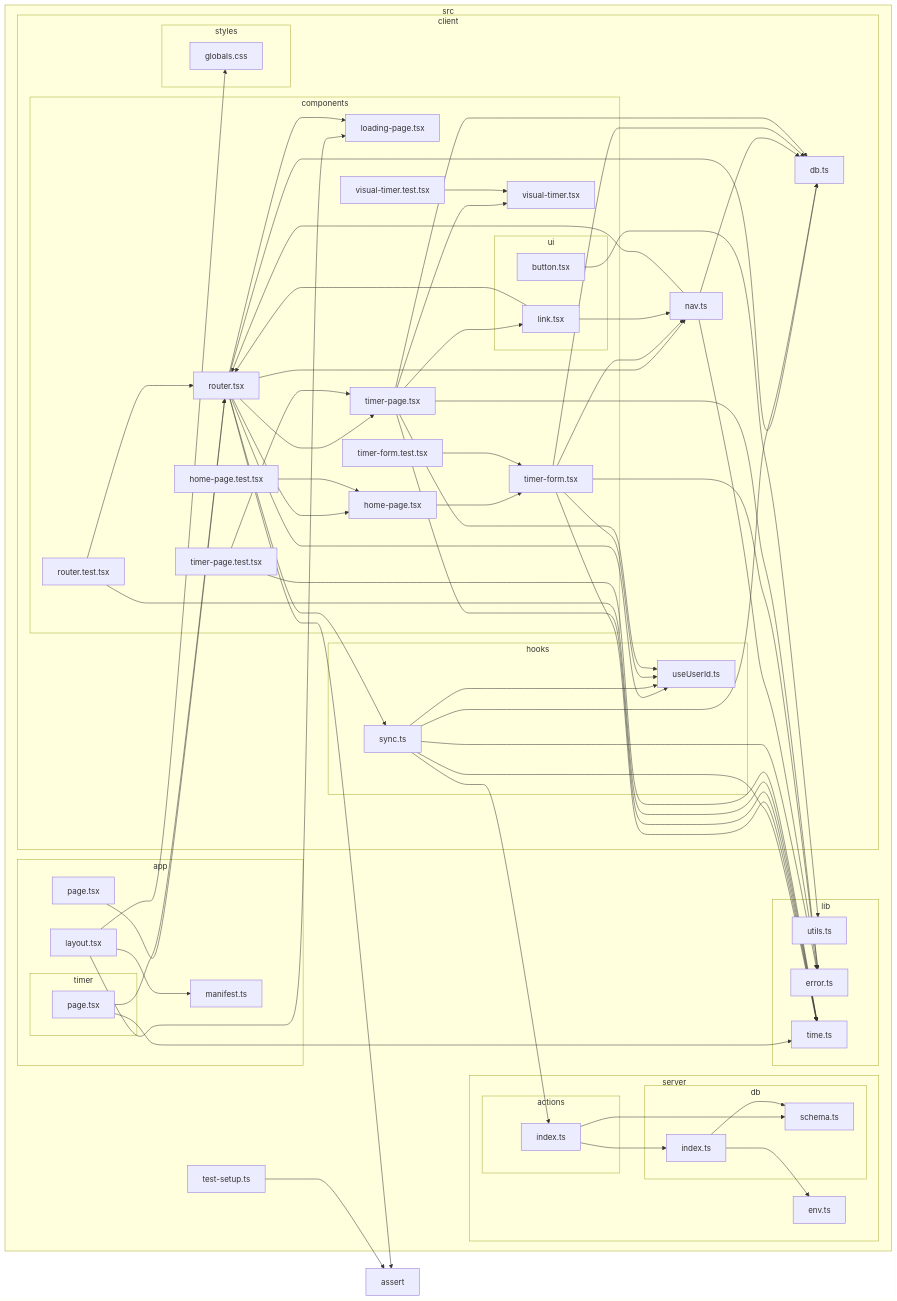
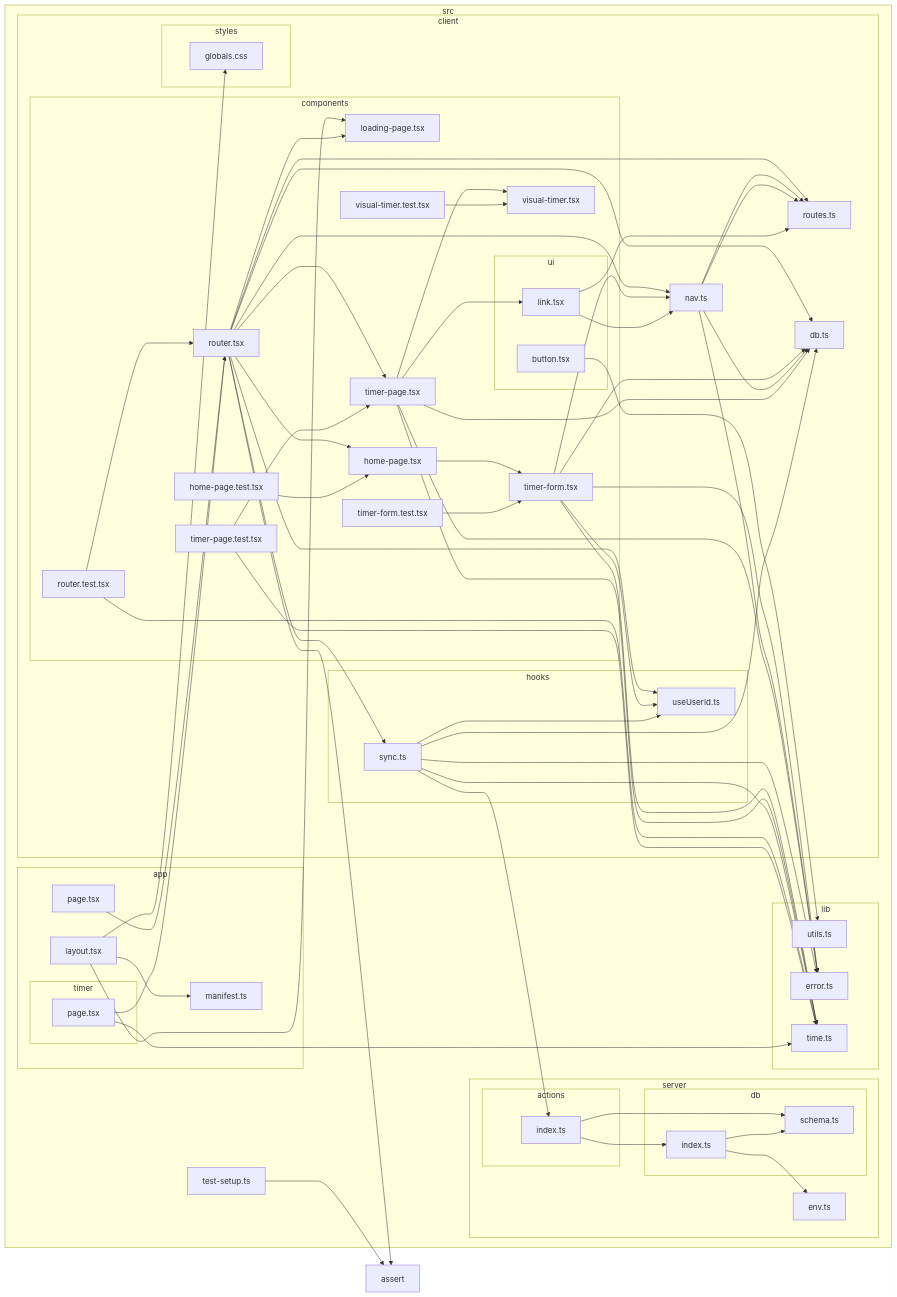
Before and after one commit to axolotl-logic/work-time: the diagram in reports/dependency-graph.mmd, drawn with Mermaid. The commit also changed 1 other file, not shown here.

Commit message:
Commit from GitHub Actions (Dependency Sanity)

```diff
--- a/reports/dependency-graph.mmd
+++ b/reports/dependency-graph.mmd
@@ -1,106 +1,108 @@
 flowchart LR
 
 subgraph 0["src"]
 subgraph 1["app"]
 2["layout.tsx"]
 6["manifest.ts"]
 9["page.tsx"]
-subgraph X["timer"]
-Y["page.tsx"]
+subgraph Y["timer"]
+Z["page.tsx"]
 end
 end
 subgraph 3["client"]
 subgraph 4["styles"]
 5["globals.css"]
 end
 subgraph 7["components"]
 8["loading-page.tsx"]
 A["router.tsx"]
-R["home-page.tsx"]
-S["timer-form.tsx"]
-T["timer-page.tsx"]
-subgraph U["ui"]
-V["link.tsx"]
-13["button.tsx"]
+C["home-page.tsx"]
+D["timer-form.tsx"]
+M["timer-page.tsx"]
+subgraph N["ui"]
+O["link.tsx"]
+14["button.tsx"]
 end
-W["visual-timer.tsx"]
-Z["home-page.test.tsx"]
-10["router.test.tsx"]
-11["timer-form.test.tsx"]
-12["timer-page.test.tsx"]
-15["visual-timer.test.tsx"]
+P["visual-timer.tsx"]
+10["home-page.test.tsx"]
+11["router.test.tsx"]
+12["timer-form.test.tsx"]
+13["timer-page.test.tsx"]
+16["visual-timer.test.tsx"]
 end
-subgraph C["hooks"]
-D["sync.ts"]
-E["useUserId.ts"]
+E["nav.ts"]
+F["routes.ts"]
+G["db.ts"]
+subgraph J["hooks"]
+K["useUserId.ts"]
+Q["sync.ts"]
 end
-F["db.ts"]
-Q["nav.ts"]
 end
-subgraph G["lib"]
-H["error.ts"]
-I["time.ts"]
-14["utils.ts"]
+subgraph H["lib"]
+I["error.ts"]
+L["time.ts"]
+15["utils.ts"]
 end
-subgraph J["server"]
-subgraph K["actions"]
-L["index.ts"]
+subgraph R["server"]
+subgraph S["actions"]
+T["index.ts"]
 end
-subgraph M["db"]
-N["schema.ts"]
-O["index.ts"]
+subgraph U["db"]
+V["schema.ts"]
+W["index.ts"]
 end
-P["env.ts"]
+X["env.ts"]
 end
-16["test-setup.ts"]
+17["test-setup.ts"]
 end
 B["assert"]
 2-->6
 2-->8
 2-->5
 9-->A
-A-->D
+A-->C
+A-->8
+A-->M
+A-->G
+A-->Q
+A-->K
 A-->E
-A-->Q
-A-->R
-A-->8
-A-->T
 A-->F
 A-->B
+C-->D
 D-->E
-D-->F
-D-->H
+D-->G
+D-->K
 D-->I
 D-->L
-L-->N
-L-->O
-O-->N
-O-->P
-Q-->A
-Q-->F
-Q-->H
-R-->S
-S-->Q
-S-->F
-S-->E
-S-->H
-S-->I
-T-->F
-T-->E
+E-->F
+E-->G
+E-->F
+E-->I
+M-->G
+M-->O
+M-->P
+M-->I
+M-->L
+O-->E
+O-->F
+Q-->K
+Q-->G
+Q-->I
+Q-->L
+Q-->T
 T-->V
 T-->W
-T-->H
-T-->I
-V-->A
-V-->Q
-Y-->A
-Y-->I
-Z-->R
-10-->A
-10-->I
-11-->S
-12-->T
-12-->I
-13-->14
-15-->W
-16-->B
+W-->V
+W-->X
+Z-->A
+Z-->L
+10-->C
+11-->A
+11-->L
+12-->D
+13-->M
+13-->L
+14-->15
+16-->P
+17-->B
```
